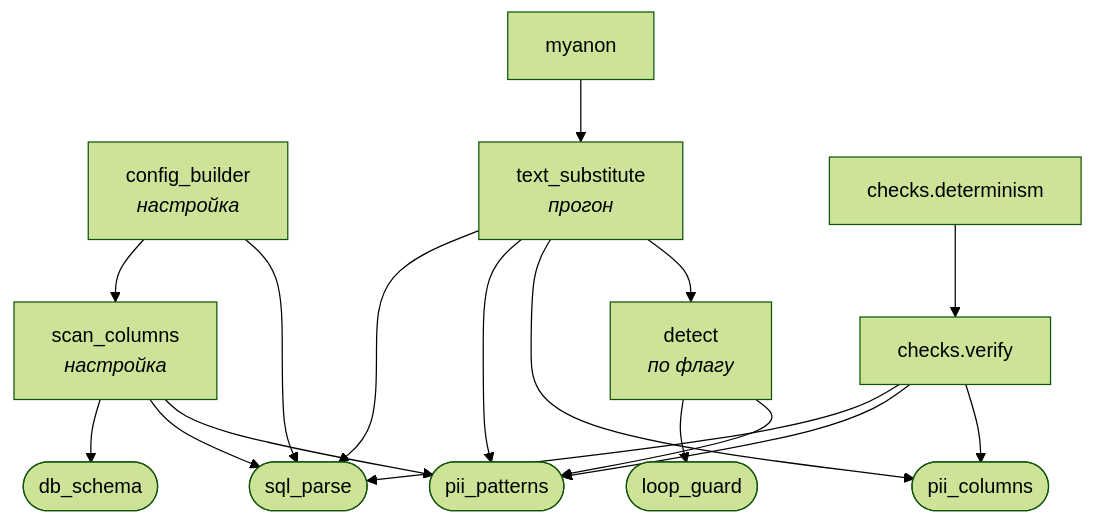
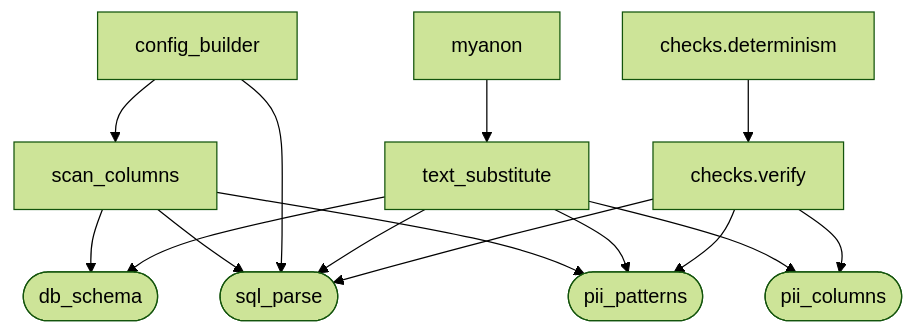
One commit to Andrey-Ostapenko/rusal-sanitizer changed the first of 3 diagrams in README.md. Above: the diagram before and after it, drawn with Mermaid (forest theme). The commit also changed other lines of this file and 3 other files, not shown here.

````diff
--- a/README.md
+++ b/README.md
@@ -164,29 +165,25 @@
 ```mermaid
 graph TD
-    scan["scan_columns<br/><i>настройка</i>"]
-    build["config_builder<br/><i>настройка</i>"]
-    myanon["myanon"] --> subst["text_substitute<br/><i>прогон</i>"]
+    scan["scan_columns"]
+    build["config_builder"]
+    myanon["myanon"] --> subst["text_substitute"]
     determ["checks.determinism"] --> verify["checks.verify"]
-    detect["detect<br/><i>по флагу</i>"]
 
     columns(["pii_columns"])
     db_schema(["db_schema"])
     sql_parse(["sql_parse"])
     pii(["pii_patterns"])
-    guard(["loop_guard"])
 
     scan --> db_schema
     scan --> sql_parse
     scan --> pii
     build --> scan
     build --> sql_parse
     subst --> sql_parse
     subst --> pii
     subst --> columns
-    subst --> detect
-    detect --> guard
-    detect --> pii
+    subst --> db_schema
     verify --> sql_parse
     verify --> pii
     verify --> columns
 ```
````
